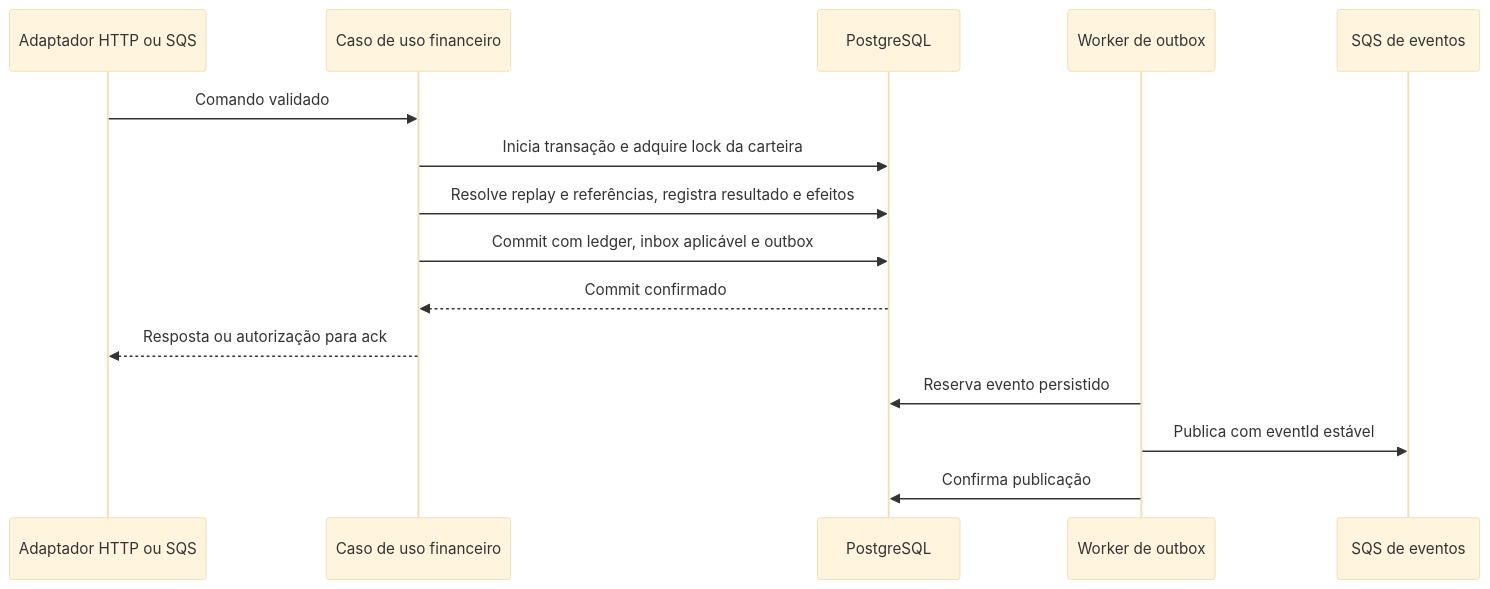
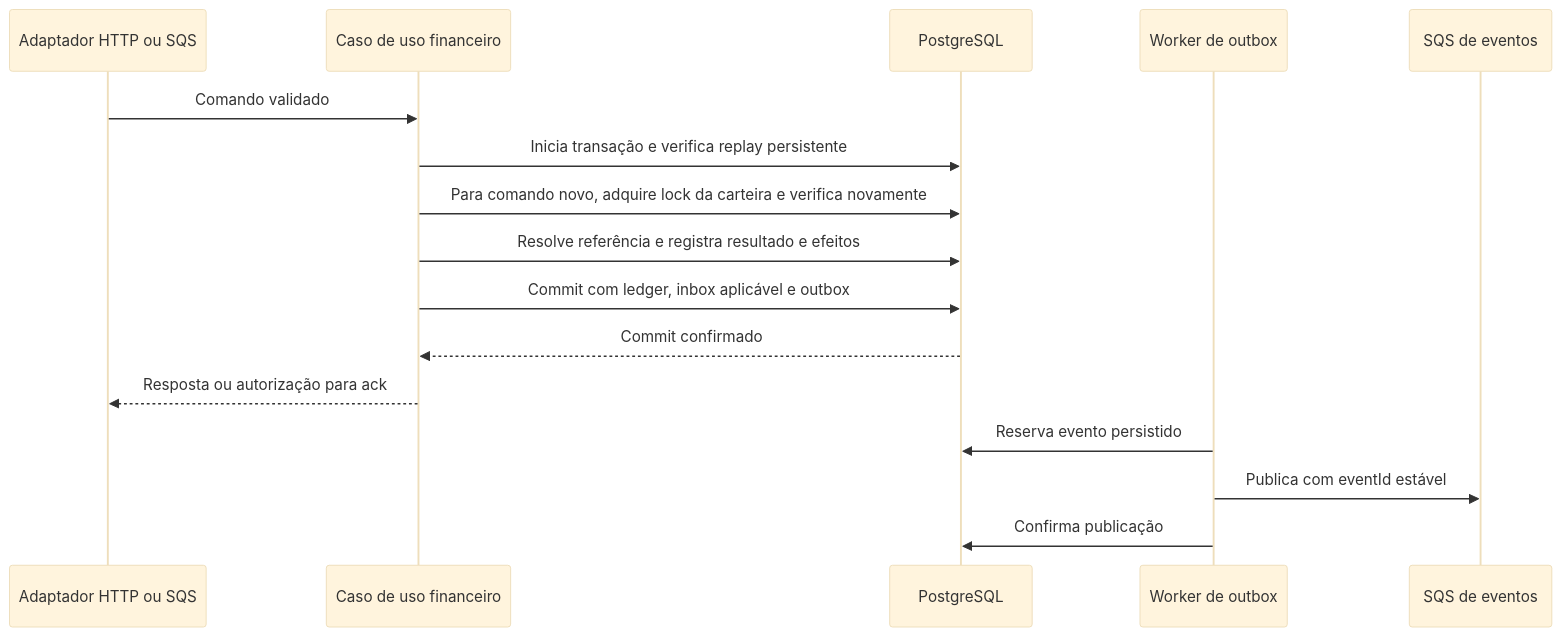
The second of 3 diagrams in ARCHITECTURE.md (FOX-Braga/jungle-wagering-processor), drawn with Mermaid (base theme) before and after one commit. The commit also changed other lines of this file and 95 other files, not shown here.

````diff
--- a/ARCHITECTURE.md
+++ b/ARCHITECTURE.md
@@ -71,17 +79,18 @@
 ```mermaid
 sequenceDiagram
     participant In as Adaptador HTTP ou SQS
     participant Use as Caso de uso financeiro
     participant Db as PostgreSQL
     participant Pub as Worker de outbox
     participant Sqs as SQS de eventos
     In->>Use: Comando validado
-    Use->>Db: Inicia transação e adquire lock da carteira
-    Use->>Db: Resolve replay e referências, registra resultado e efeitos
+    Use->>Db: Inicia transação e verifica replay persistente
+    Use->>Db: Para comando novo, adquire lock da carteira e verifica novamente
+    Use->>Db: Resolve referência e registra resultado e efeitos
     Use->>Db: Commit com ledger, inbox aplicável e outbox
     Db-->>Use: Commit confirmado
     Use-->>In: Resposta ou autorização para ack
     Pub->>Db: Reserva evento persistido
     Pub->>Sqs: Publica com eventId estável
     Pub->>Db: Confirma publicação
 ```
````
